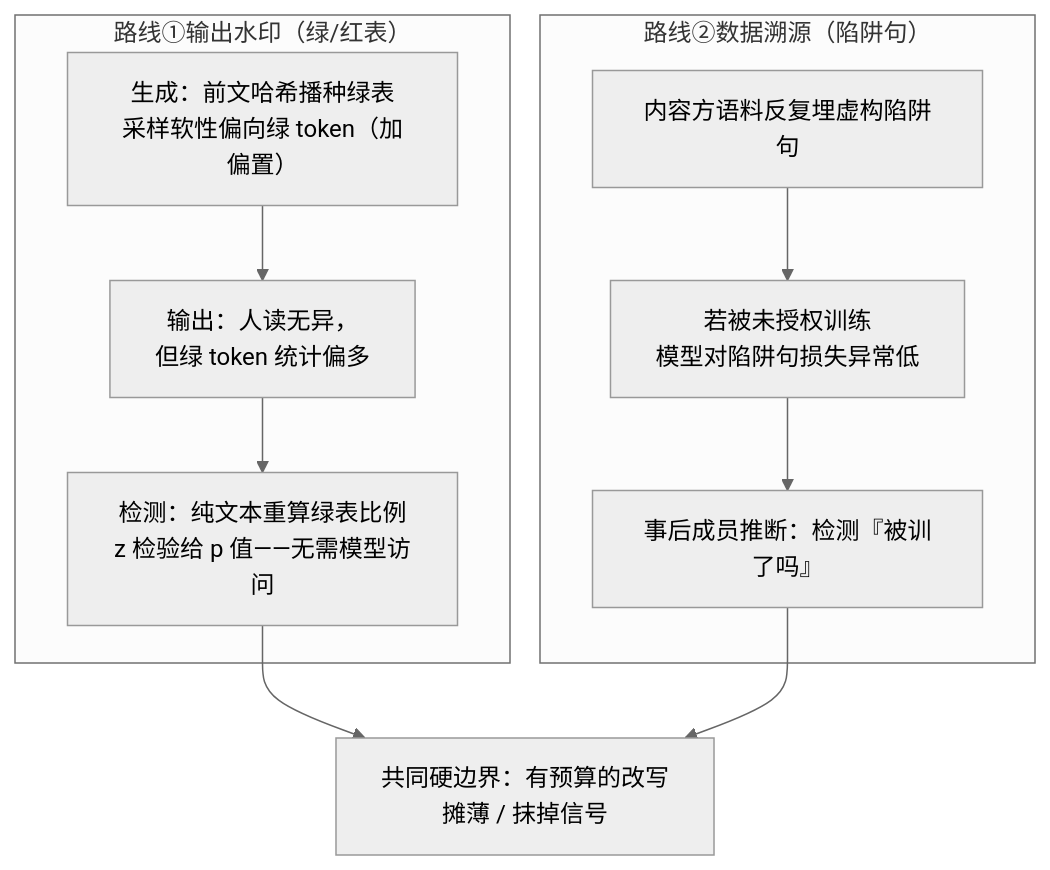
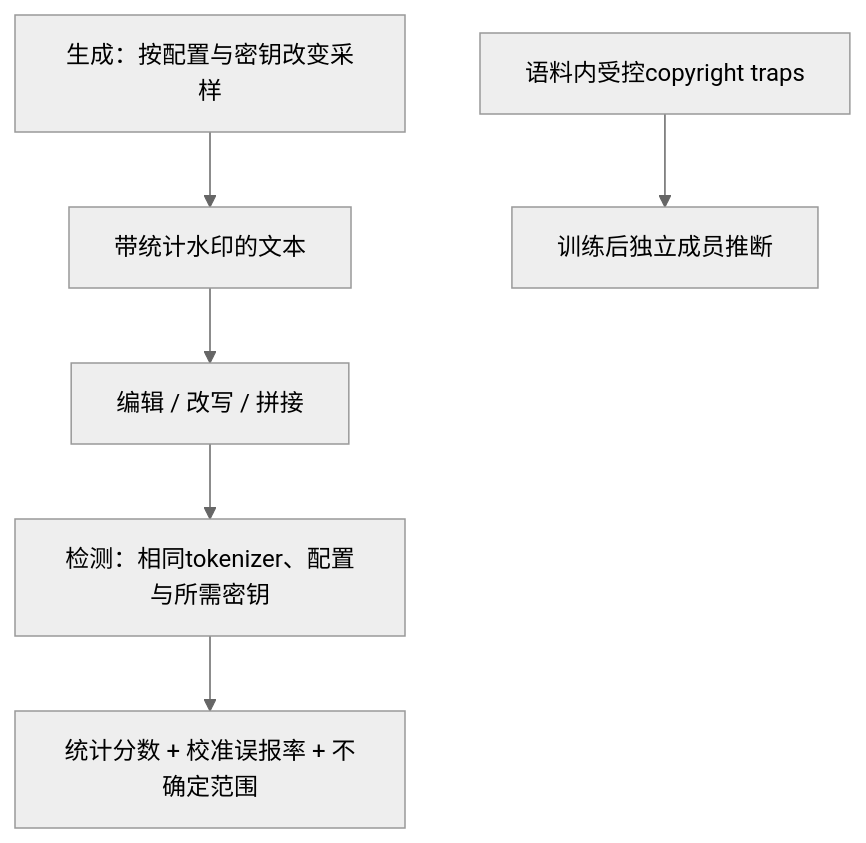
One commit to XuebinMa/AIWiki changed the diagram in privacy/06-governance-compliance/llm-watermarking.mdx. Above: the diagram before and after it, drawn with Mermaid (neutral theme). The commit also changed other lines of this file and 325 other files, not shown here.

````diff
--- a/privacy/06-governance-compliance/llm-watermarking.mdx
+++ b/privacy/06-governance-compliance/llm-watermarking.mdx
@@ -37,13 +37,8 @@
 ```mermaid
 flowchart TB
-    subgraph A["路线①输出水印（绿/红表）"]
-      G1["生成：前文哈希播种绿表<br/>采样软性偏向绿 token（加偏置）"] --> G2["输出：人读无异，<br/>但绿 token 统计偏多"]
-      G2 --> G3["检测：纯文本重算绿表比例<br/>z 检验给 p 值——无需模型访问"]
-    end
-    subgraph B["路线②数据溯源（陷阱句）"]
-      T1["内容方语料反复埋虚构陷阱句"] --> T2["若被未授权训练<br/>模型对陷阱句损失异常低"]
-      T2 --> T3["事后成员推断：检测『被训了吗』"]
-    end
-    G3 --> L["共同硬边界：有预算的改写<br/>摊薄 / 抹掉信号"]
-    T3 --> L
+    G["生成：按配置与密钥改变采样"] --> T["带统计水印的文本"]
+    T --> E["编辑 / 改写 / 拼接"]
+    E --> D["检测：相同tokenizer、配置与所需密钥"]
+    D --> S["统计分数 + 校准误报率 + 不确定范围"]
+    C["语料内受控copyright traps"] --> M["训练后独立成员推断"]
 ```
````
